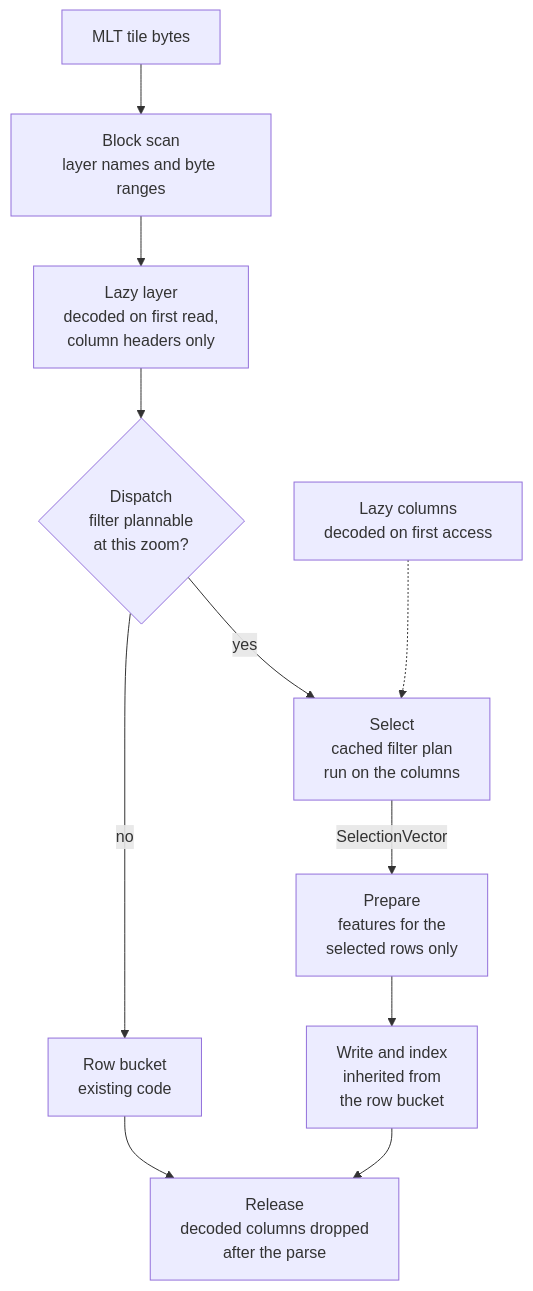
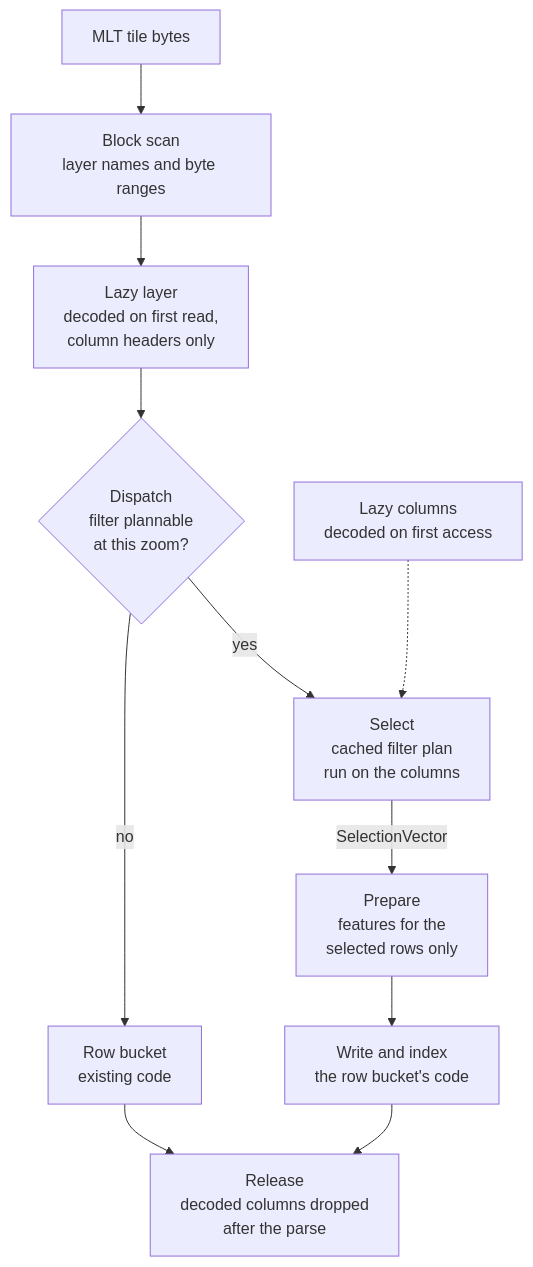
The second of 2 diagrams in overview/architecture.md (Salkin975/Thesis-docs), drawn with Mermaid before and after one commit. The commit also changed other lines of this file and 8 other files, not shown here.

First line of the commit message:
Overview as bullets, tables and diagrams for presenting

````diff
--- a/overview/architecture.md
+++ b/overview/architecture.md
@@ -25,21 +20,21 @@
 ```mermaid
 flowchart TD
     bytes["MLT tile bytes"]
     scan["Block scan<br/>layer names and byte ranges"]
     layer["Lazy layer<br/>decoded on first read,<br/>column headers only"]
     dispatch{"Dispatch<br/>filter plannable<br/>at this zoom?"}
     row["Row bucket<br/>existing code"]
     select["Select<br/>cached filter plan<br/>run on the columns"]
     cols["Lazy columns<br/>decoded on first access"]
     prepare["Prepare<br/>features for the<br/>selected rows only"]
-    write["Write and index<br/>inherited from<br/>the row bucket"]
+    write["Write and index<br/>the row bucket's code"]
     release["Release<br/>decoded columns dropped<br/>after the parse"]
 
     bytes --> scan --> layer --> dispatch
     dispatch -->|"no"| row
     dispatch -->|"yes"| select
     cols -.-> select
     select -->|"SelectionVector"| prepare --> write
     write --> release
     row --> release
 ```
````
